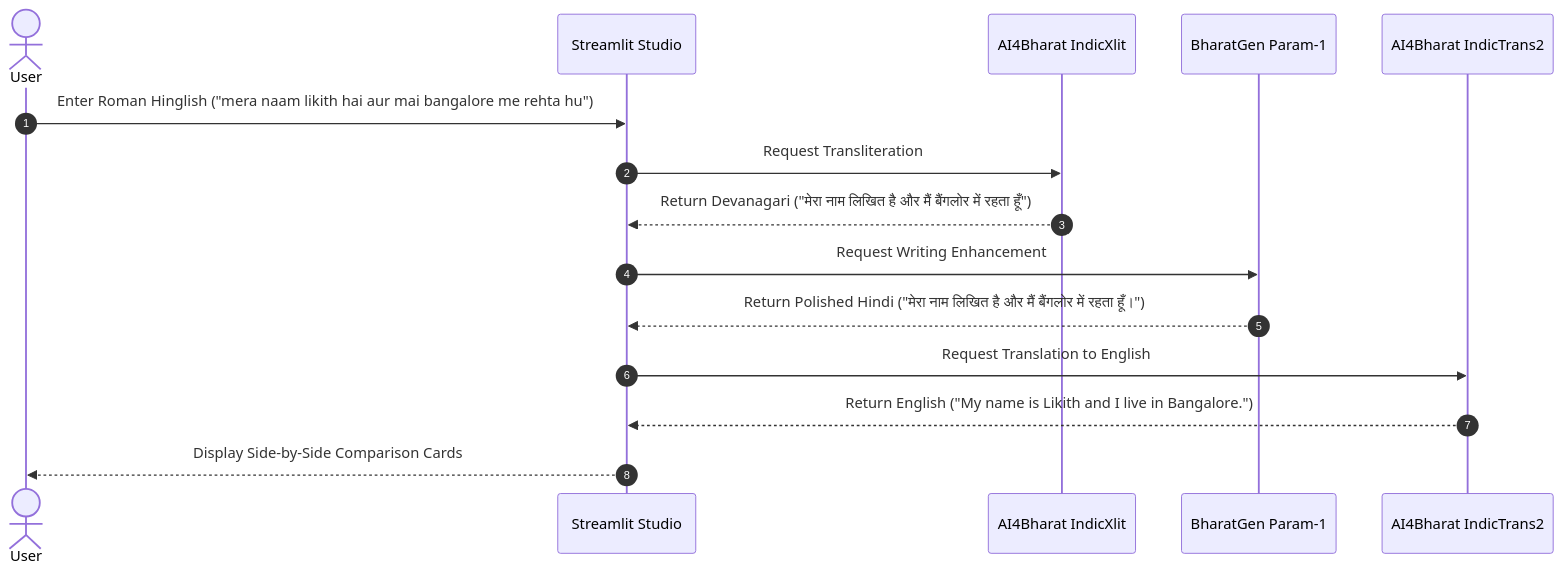
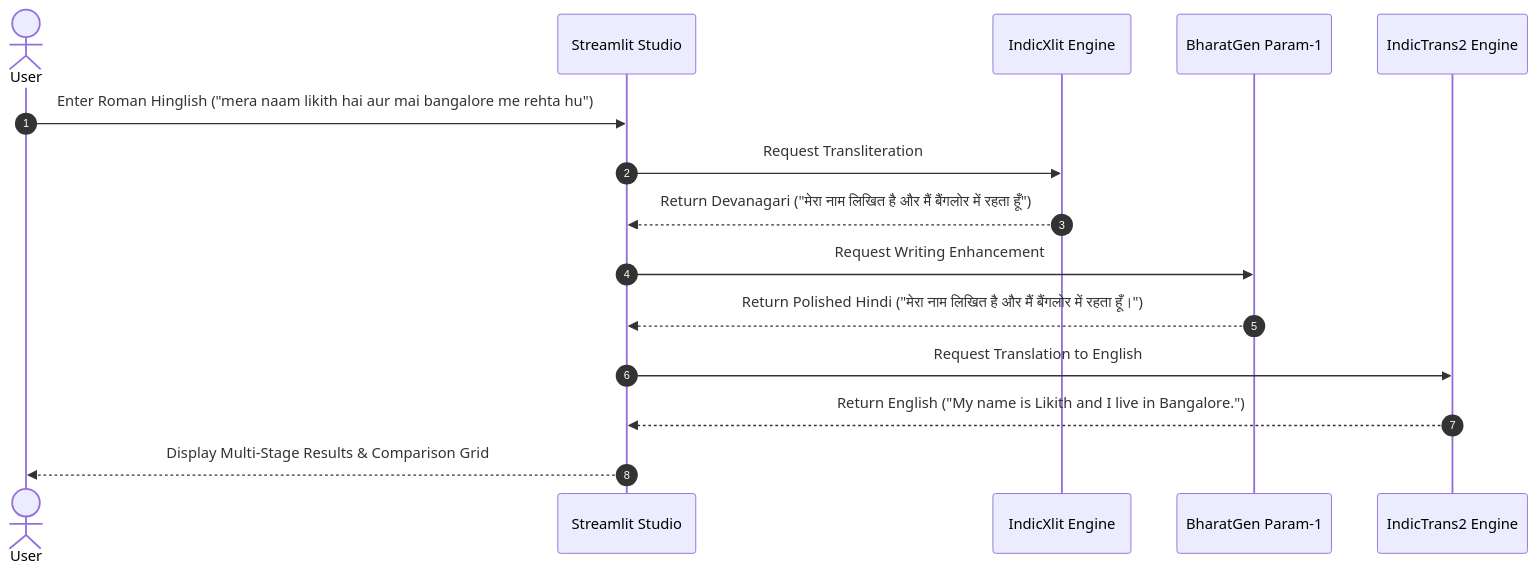
Before and after one commit to likith-sg/WLLM-CIE3-Lab: the second of 2 diagrams in README.md, drawn with Mermaid. The commit also changed other lines of this file, not shown here.

Commit message:
docs: formalize README, remove decorative emojis, and refine Mermaid diagrams

````diff
--- a/README.md
+++ b/README.md
@@ -68,18 +66,18 @@
 ```mermaid
 sequenceDiagram
     autonumber
     actor User as User
     participant UI as Streamlit Studio
-    participant Xlit as AI4Bharat IndicXlit
+    participant Xlit as IndicXlit Engine
     participant GenAI as BharatGen Param-1
-    participant Trans as AI4Bharat IndicTrans2
+    participant Trans as IndicTrans2 Engine
 
     User->>UI: Enter Roman Hinglish ("mera naam likith hai aur mai bangalore me rehta hu")
     UI->>Xlit: Request Transliteration
     Xlit-->>UI: Return Devanagari ("मेरा नाम लिखित है और मैं बैंगलोर में रहता हूँ")
     UI->>GenAI: Request Writing Enhancement
     GenAI-->>UI: Return Polished Hindi ("मेरा नाम लिखित है और मैं बैंगलोर में रहता हूँ।")
     UI->>Trans: Request Translation to English
     Trans-->>UI: Return English ("My name is Likith and I live in Bangalore.")
-    UI-->>User: Display Side-by-Side Comparison Cards
+    UI-->>User: Display Multi-Stage Results & Comparison Grid
 ```
````
